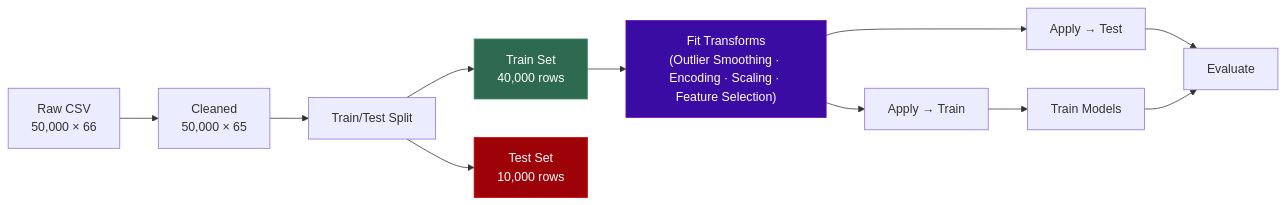
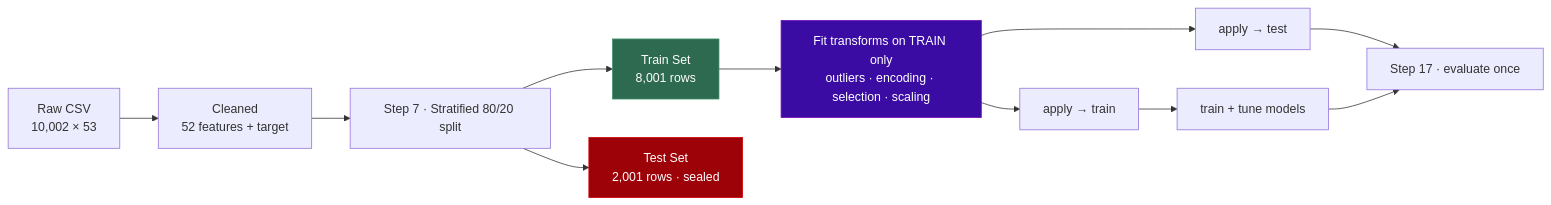
Before and after one commit to VICKYPATIL2525/Mindspace-ml-pipeline-text-to-mentel-health-class: the second of 2 diagrams in project flow diagrams/PIPELINE_FLOW_CLEAN.md, drawn with Mermaid. The commit also changed other lines of this file and 1 other file, not shown here.

Commit message:
added new diagram

````diff
--- a/project flow diagrams/PIPELINE_FLOW_CLEAN.md
+++ b/project flow diagrams/PIPELINE_FLOW_CLEAN.md
@@ -102,25 +72,15 @@
 ```mermaid
 flowchart LR
-    RAW["Raw CSV\n50,000 × 66"]
-    CLEAN["Cleaned\n50,000 × 65"]
-    SPLIT["Train/Test Split"]
-    TRAINSET["Train Set\n40,000 rows"]
-    TESTSET["Test Set\n10,000 rows"]
-    FIT["Fit Transforms\n(Outlier Smoothing · Encoding · Scaling · Feature Selection)"]
-    APPLY_TRAIN["Apply → Train"]
-    APPLY_TEST["Apply → Test"]
-    MODEL["Train Models"]
-    EVALUATE["Evaluate"]
+    RAW["Raw CSV<br/>10,002 × 53"] --> CLEAN["Cleaned<br/>52 features + target"]
+    CLEAN --> SPLIT["Step 7 · Stratified 80/20 split"]
+    SPLIT --> TRAIN["Train Set<br/>8,001 rows"]
+    SPLIT --> TEST["Test Set<br/>2,001 rows · sealed"]
+    TRAIN --> FIT["Fit transforms on TRAIN only<br/>outliers · encoding · selection · scaling"]
+    FIT --> AP_TR["apply → train"] --> TRAINMODEL["train + tune models"]
+    FIT --> AP_TE["apply → test"] --> EVAL["Step 17 · evaluate once"]
+    TRAINMODEL --> EVAL
 
-    RAW --> CLEAN --> SPLIT
-    SPLIT --> TRAINSET
-    SPLIT --> TESTSET
-    TRAINSET --> FIT
-    FIT --> APPLY_TRAIN --> MODEL
-    FIT --> APPLY_TEST --> EVALUATE
-    MODEL --> EVALUATE
-
-    style TRAINSET fill:#2d6a4f,stroke:#40916c,color:#fff
-    style TESTSET fill:#9d0208,stroke:#d00000,color:#fff
+    style TRAIN fill:#2d6a4f,stroke:#40916c,color:#fff
+    style TEST fill:#9d0208,stroke:#d00000,color:#fff
     style FIT fill:#3a0ca3,stroke:#7209b7,color:#fff
 ```
````
